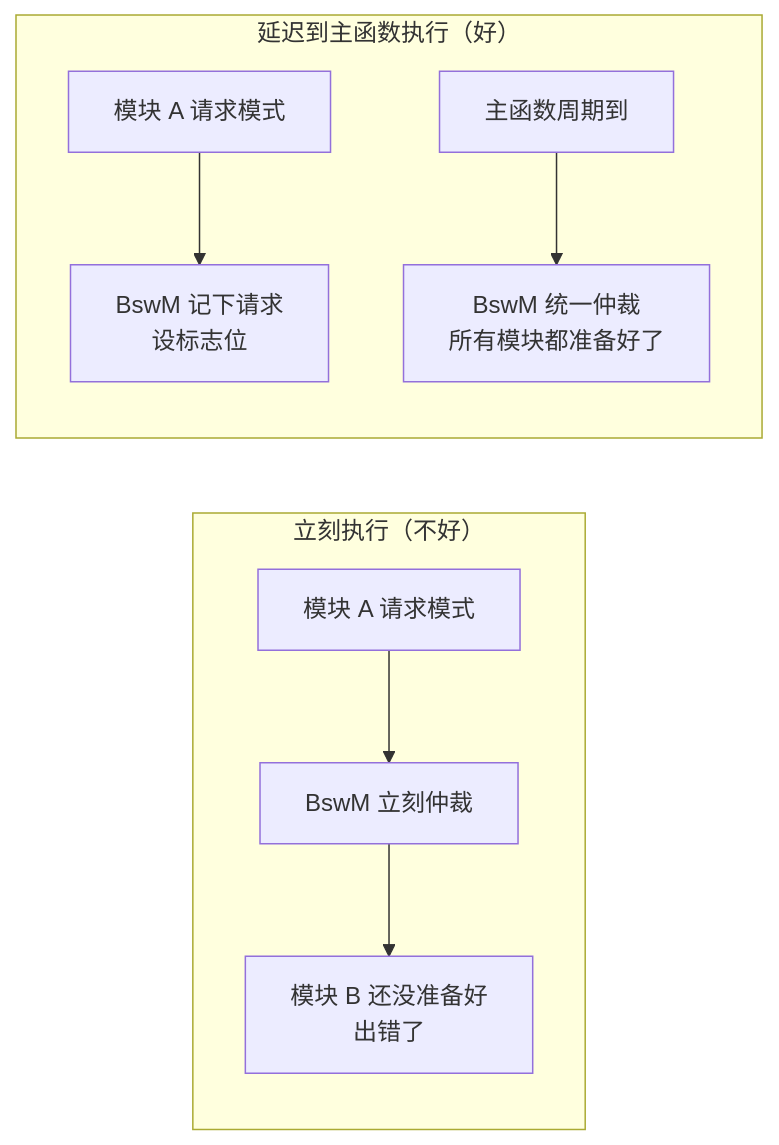
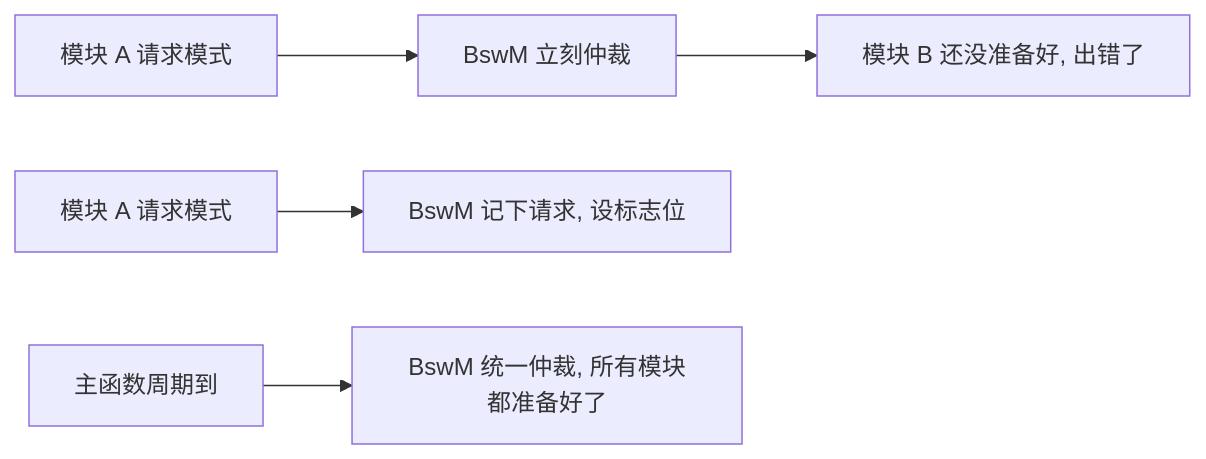
One commit to Li-Altman/ObsidianPKR changed the second of 7 diagrams in Embedded & AUTOSAR/AutoSAR/BSW (Basic Software Modules)/BswM/BswM_代码通俗解读.md. Above: the diagram before and after it, drawn with Mermaid. The commit also changed other lines of this file and 6 other files, not shown here.

````diff
--- a/Embedded & AUTOSAR/AutoSAR/BSW (Basic Software Modules)/BswM/BswM_代码通俗解读.md
+++ b/Embedded & AUTOSAR/AutoSAR/BSW (Basic Software Modules)/BswM/BswM_代码通俗解读.md
@@ -295,12 +449,10 @@
 ```mermaid
 graph LR
-    subgraph "立刻执行（不好）"
-        A["模块 A 请求模式"] --> B["BswM 立刻仲裁"]
-        B --> C["模块 B 还没准备好<br/>出错了"]
-    end
+    %% --- 立刻执行的情况（不好） ---
+    A["模块 A 请求模式"] --> B["BswM 立刻仲裁"]
+    B --> C["模块 B 还没准备好, 出错了"]
 
-    subgraph "延迟到主函数执行（好）"
-        D["模块 A 请求模式"] --> E["BswM 记下请求<br/>设标志位"]
-        F["主函数周期到"] --> G["BswM 统一仲裁<br/>所有模块都准备好了"]
-    end
+    %% --- 延迟到主函数执行的情况（好） ---
+    D["模块 A 请求模式"] --> E["BswM 记下请求, 设标志位"]
+    F["主函数周期到"] --> G["BswM 统一仲裁, 所有模块都准备好了"]
 ```
````
